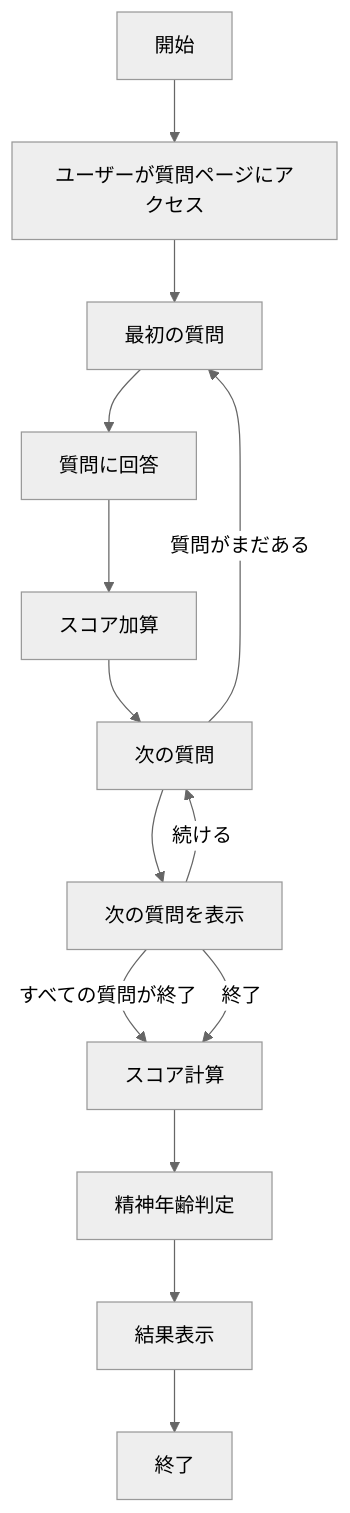
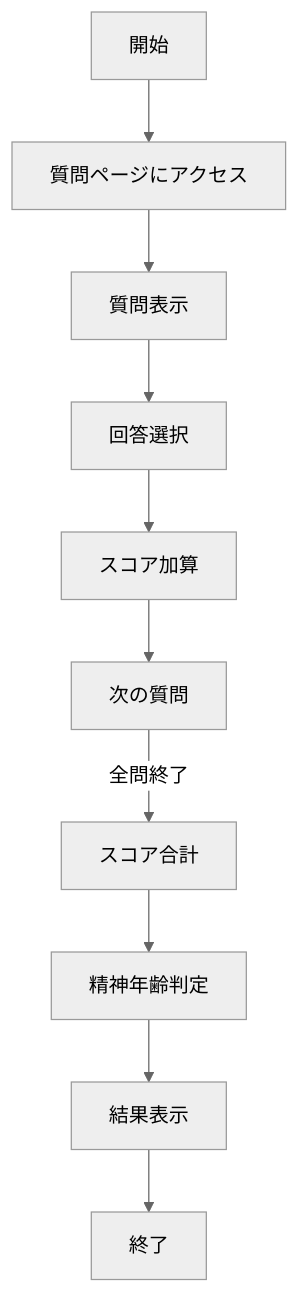
The diagram in README.md (sososodesu/webpro_06), drawn with Mermaid (neutral theme) before and after one commit. The commit also changed other lines of this file and 3 other files, not shown here.

````diff
--- a/README.md
+++ b/README.md
@@ -78,30 +78,23 @@
 ```mermaid
-flowchart TD
+flowchart TD;
     start["開始"]
     end1["終了"]
-    check["ユーザーが質問ページにアクセス"]
-    question["最初の質問"]
-    answer["質問に回答"]
+    check["質問ページにアクセス"]
+    question["質問表示"]
+    answer["回答選択"]
     score_add["スコア加算"]
     next_question["次の質問"]
-    result_calculate["スコア計算"]
-    mental_age["精神年齢判定"]
-    display_results["結果表示"]
-    repeat_question["次の質問を表示"]
+    calculate_score["スコア合計"]
+    age_group["精神年齢判定"]
+    results["結果表示"]
 
     start --> check
     check --> question
     question --> answer
     answer --> score_add
     score_add --> next_question
-    next_question --> repeat_question
-    repeat_question -->|すべての質問が終了| result_calculate
-    result_calculate --> mental_age
-    mental_age --> display_results
-    display_results --> end1
-    next_question -->|質問がまだある| question
-
-    %% 条件分岐：全ての質問が終了したら結果に進む
-    repeat_question -->|終了| result_calculate
-    repeat_question -->|続ける| next_question
+    next_question -->|全問終了| calculate_score
+    calculate_score --> age_group
+    age_group --> results
+    results --> end1
 ```
````
